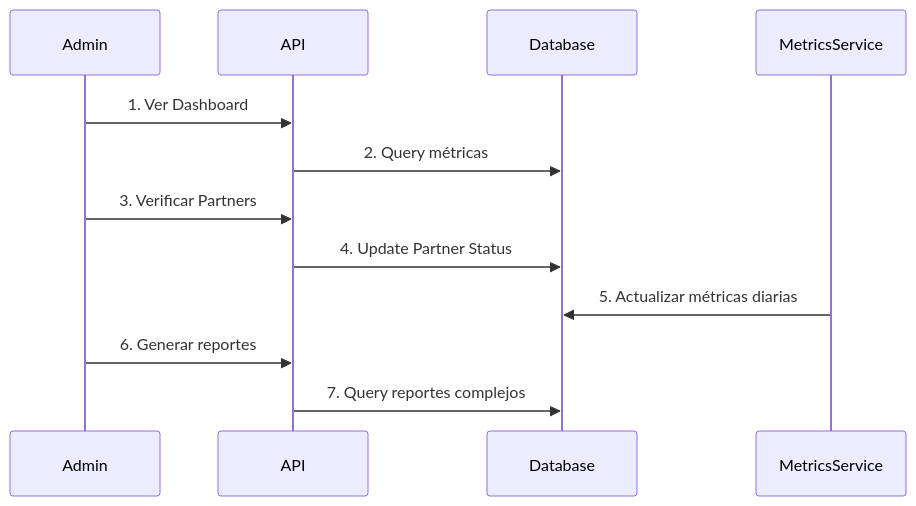
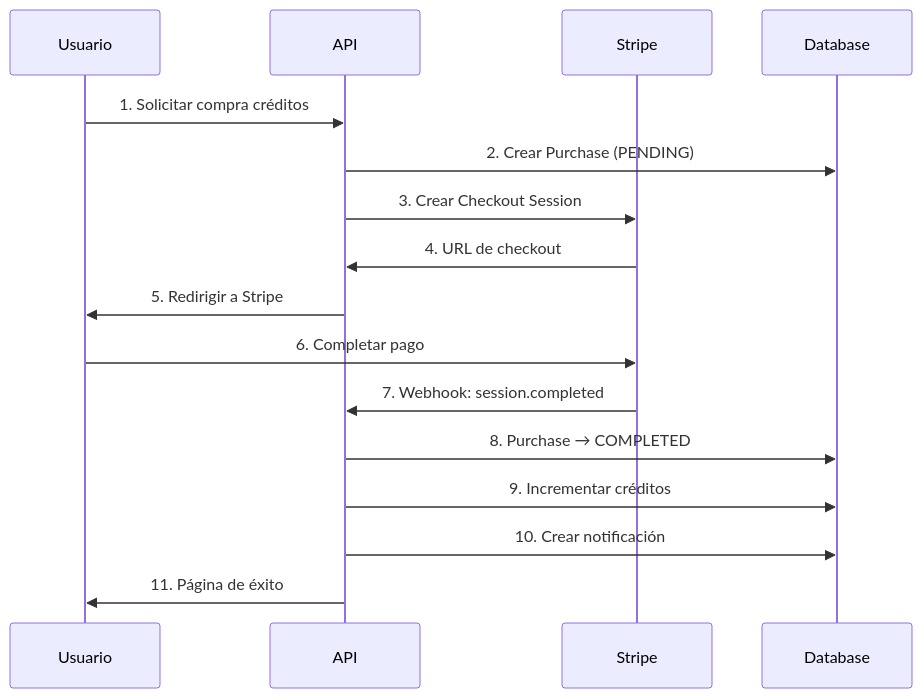
One commit to Pimboto/tudo-turborepo changed the fifth of 5 diagrams in README.md. Above: the diagram before and after it, drawn with Mermaid. The commit also changed other lines of this file and 13 other files, not shown here.

````diff
--- a/README.md
+++ b/README.md
@@ -691,15 +861,19 @@
 ```mermaid
 sequenceDiagram
-    participant AD as Admin
+    participant U as Usuario
     participant A as API
+    participant S as Stripe
     participant DB as Database
-    participant MS as MetricsService
     
-    AD->>A: 1. Ver Dashboard
-    A->>DB: 2. Query métricas
-    AD->>A: 3. Verificar Partners
-    A->>DB: 4. Update Partner Status
-    MS->>DB: 5. Actualizar métricas diarias
-    AD->>A: 6. Generar reportes
-    A->>DB: 7. Query reportes complejos
+    U->>A: 1. Solicitar compra créditos
+    A->>DB: 2. Crear Purchase (PENDING)
+    A->>S: 3. Crear Checkout Session
+    S->>A: 4. URL de checkout
+    A->>U: 5. Redirigir a Stripe
+    U->>S: 6. Completar pago
+    S->>A: 7. Webhook: session.completed
+    A->>DB: 8. Purchase → COMPLETED
+    A->>DB: 9. Incrementar créditos
+    A->>DB: 10. Crear notificación
+    A->>U: 11. Página de éxito
 ```
````
